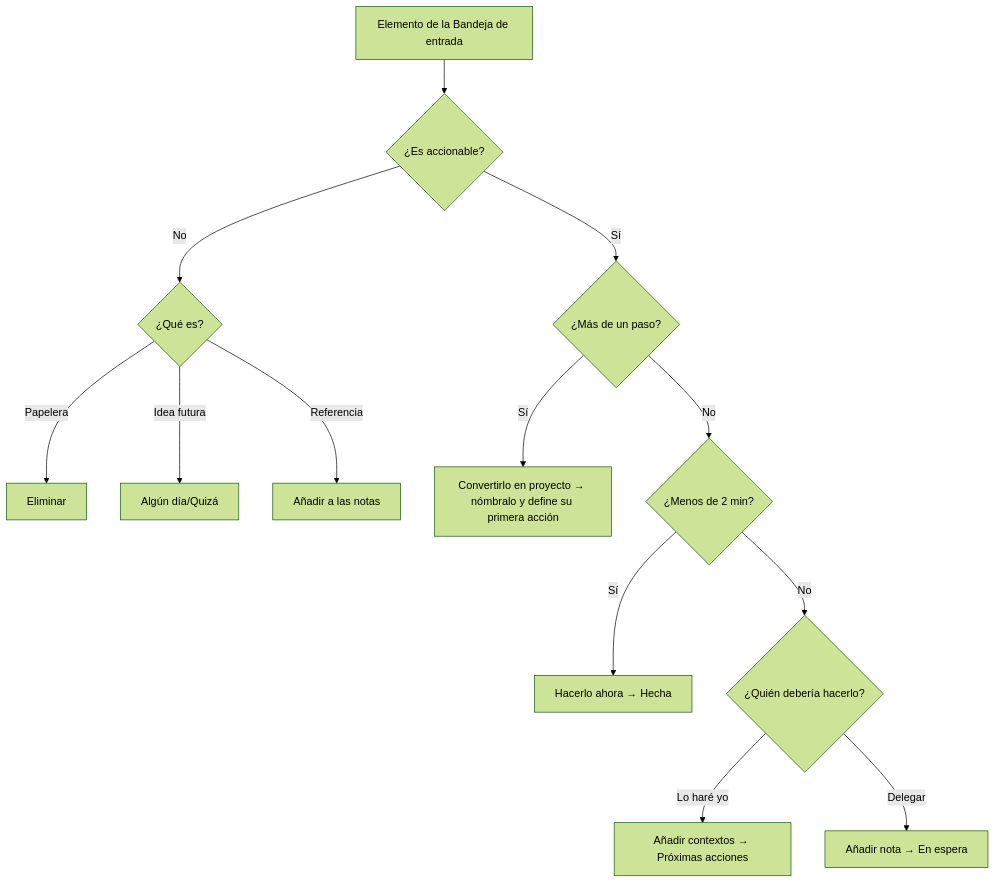
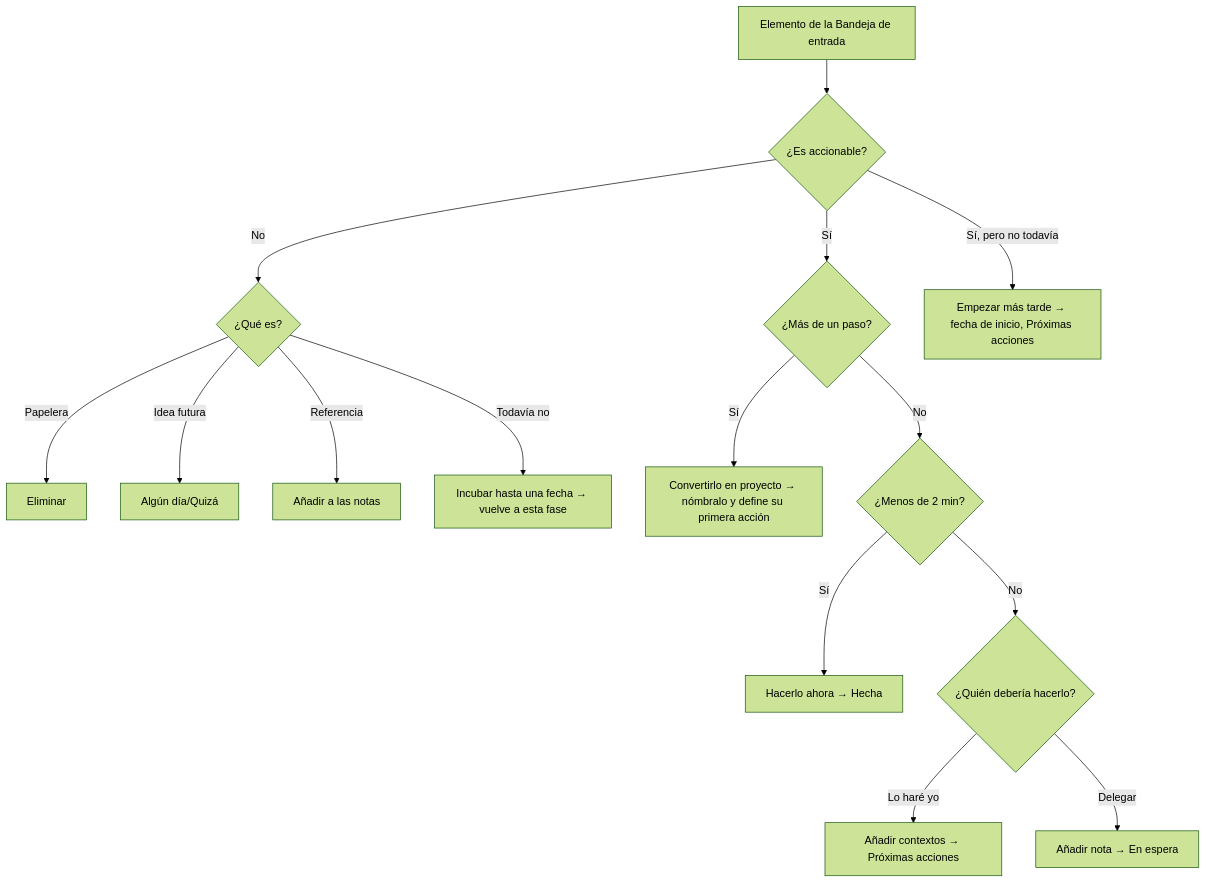
The diagram in docs/es/use/gtd-workflow.md (dongdongbh/mindwtr-web), drawn with Mermaid (forest theme) before and after one commit. The commit also changed other lines of this file and 5 other files, not shown here.

````diff
--- a/docs/es/use/gtd-workflow.md
+++ b/docs/es/use/gtd-workflow.md
@@ -83,15 +83,17 @@
 ```mermaid
 flowchart TD
     A[Elemento de la Bandeja de entrada] --> B{¿Es accionable?}
     B -->|No| C{¿Qué es?}
     C -->|Papelera| D[Eliminar]
     C -->|Idea futura| E[Algún día/Quizá]
     C -->|Referencia| F[Añadir a las notas]
+    C -->|Todavía no| N[Incubar hasta una fecha → vuelve a esta fase]
     B -->|Sí| P{¿Más de un paso?}
+    B -->|Sí, pero no todavía| S[Empezar más tarde → fecha de inicio, Próximas acciones]
     P -->|Sí| Q[Convertirlo en proyecto → nómbralo y define su primera acción]
     P -->|No| G{¿Menos de 2 min?}
     G -->|Sí| H[Hacerlo ahora → Hecha]
     G -->|No| I{¿Quién debería hacerlo?}
     I -->|Lo haré yo| J[Añadir contextos → Próximas acciones]
     I -->|Delegar| K[Añadir nota → En espera]
 ```
````
